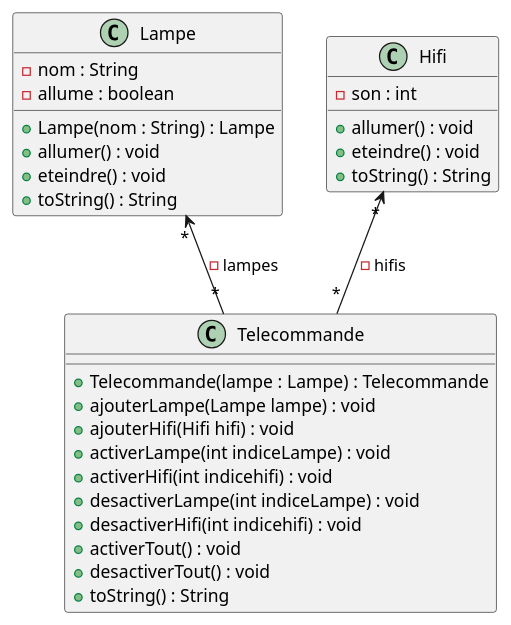
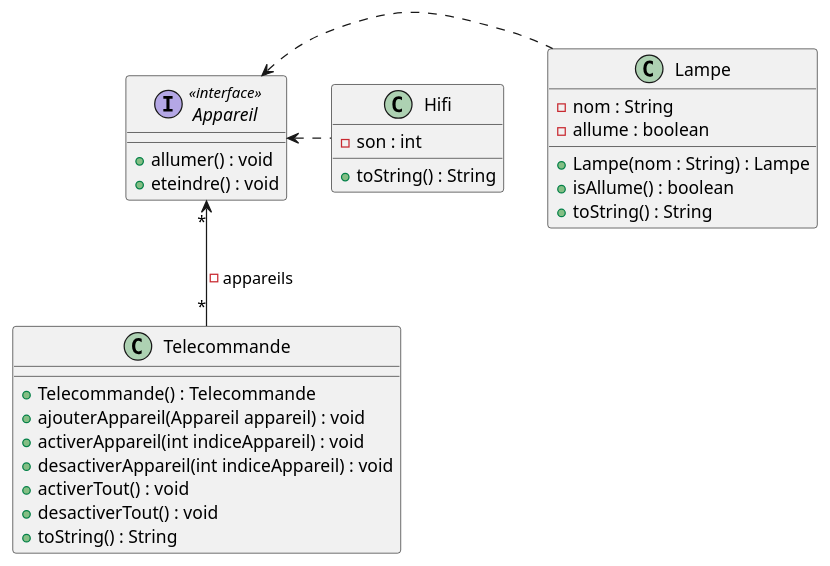
One commit to Zhi-Sheng-Trieu/2022_coo_domotique_Noel_Trieu changed the diagram in schema.puml. Above: the diagram before and after it, drawn with PlantUML. The commit also changed 6 other files, not shown here.

Commit message:
ajout de l'interface Appareil

```diff
--- a/schema.puml
+++ b/schema.puml
@@ -1,37 +1,38 @@
 @startuml
+
+interface Appareil <<interface>>{
+    +allumer() : void
+    +eteindre() : void
+}
 
 class Lampe{
     -nom : String
     -allume : boolean
     +Lampe(nom : String) : Lampe
-    +allumer() : void
-    +eteindre() : void
+    +isAllume() : boolean
     +toString() : String
 }
 
 class Telecommande{
 
-    +Telecommande(lampe : Lampe) : Telecommande
-    +ajouterLampe(Lampe lampe) : void
-    +ajouterHifi(Hifi hifi) : void
-    +activerLampe(int indiceLampe) : void
-    +activerHifi(int indicehifi) : void
-    +desactiverLampe(int indiceLampe) : void
-    +desactiverHifi(int indicehifi) : void
+    +Telecommande() : Telecommande
+    +ajouterAppareil(Appareil appareil) : void
+    +activerAppareil(int indiceAppareil) : void
+    +desactiverAppareil(int indiceAppareil) : void
     +activerTout() : void
     +desactiverTout() : void
     +toString() : String
 }
 
 class Hifi{
     -son : int
-    +allumer() : void
-    +eteindre() : void
     +toString() : String
 }
 
 
-Lampe "*" <-- "*" Telecommande : - lampes
-Hifi "*" <-- "*" Telecommande : - hifis
+Appareil <. Lampe
+Appareil <. Hifi
+
+Appareil "*" <-- "*" Telecommande : - appareils
 
 @enduml
```
